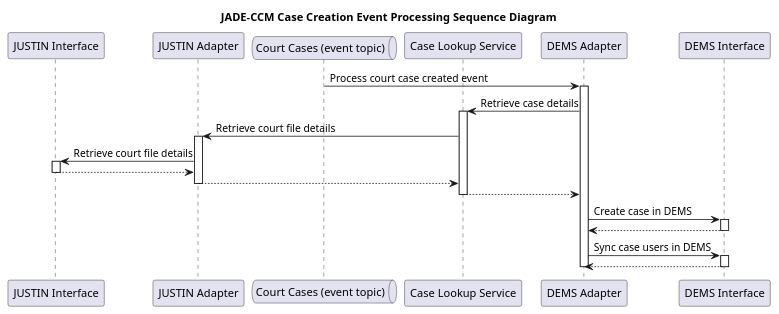
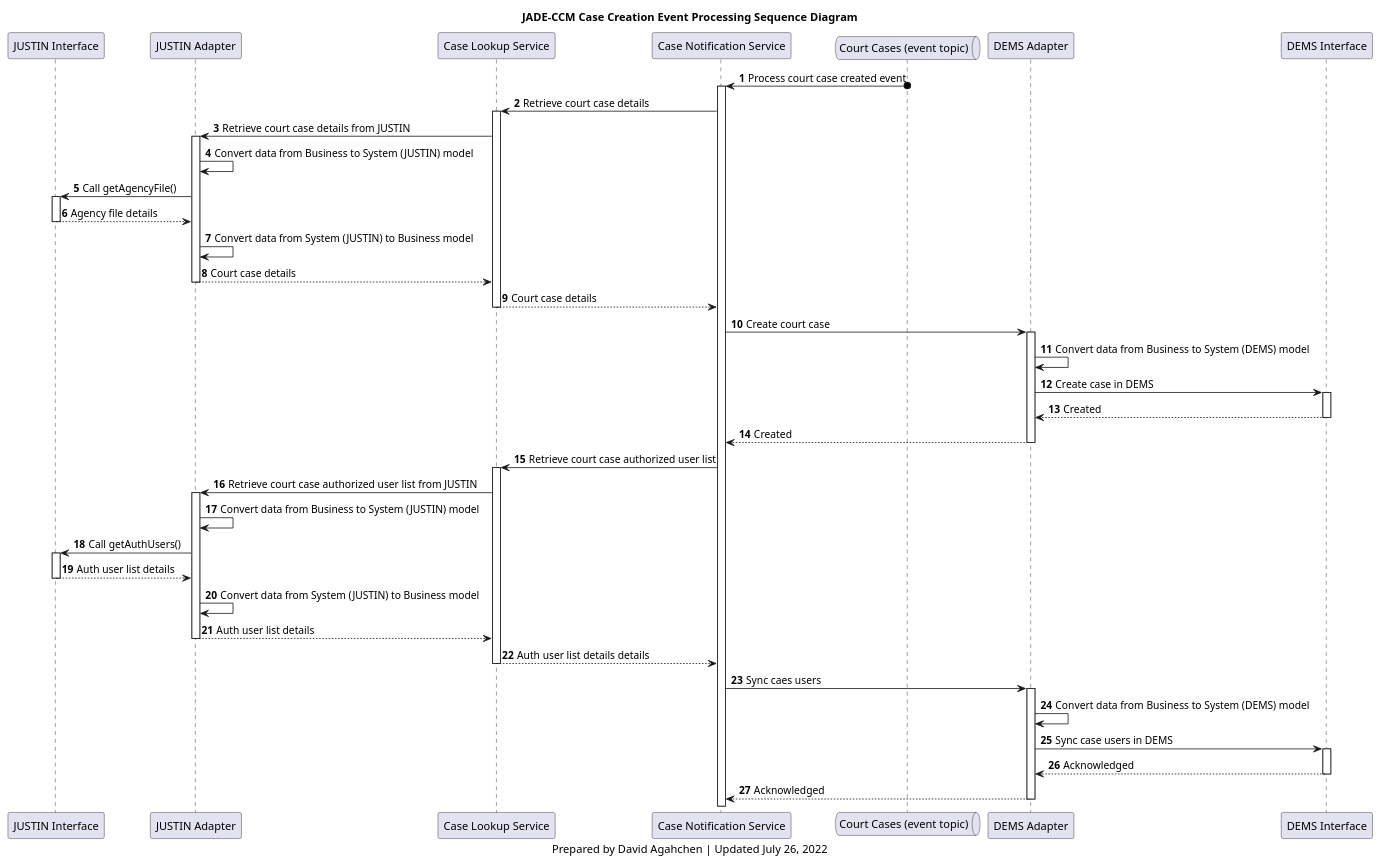
Before and after one commit to bcgov/jpss-jade-ccm: the diagram in img/src/ccm_dems_case_creation_sequence_diagram.plantuml, drawn with PlantUML. The commit also changed 3 other files, not shown here.

Commit message:
Updated sequence diagrams with additional details

```diff
--- a/img/src/ccm_dems_case_creation_sequence_diagram.plantuml
+++ b/img/src/ccm_dems_case_creation_sequence_diagram.plantuml
@@ -1,35 +1,76 @@
 @startuml
 'hide footbox
-participant j_mock as "JUSTIN Interface"
+participant j_interface as "JUSTIN Interface"
 participant j_adapter as "JUSTIN Adapter"
-queue court_cases_q as "Court Cases (event topic)"
-participant lookup_service as "Case Lookup Service"
+participant case_lookup_service as "Case Lookup Service"
+participant case_notification_service as "Case Notification Service"
+queue court_cases_topic as "Court Cases (event topic)"
 participant d_adapter as "DEMS Adapter"
-participant d_mock as "DEMS Interface"
+participant d_interface as "DEMS Interface"
 
-title JADE-CCM Case Creation Event Processing Sequence Diagram
+title
+JADE-CCM Case Creation Event Processing Sequence Diagram
+end title
 
-    court_cases_q -> d_adapter : Process court case created event
-    activate d_adapter
-    d_adapter -> lookup_service: Retrieve case details
-    activate lookup_service
-    lookup_service -> j_adapter: Retrieve court file details
-    activate j_adapter
-    j_adapter -> j_mock: Retrieve court file details
-    activate j_mock
-    j_mock --> j_adapter
-    deactivate j_mock
-    j_adapter --> lookup_service
-    deactivate j_adapter
-    lookup_service --> d_adapter
-    deactivate lookup_service
-    d_adapter -> d_mock: Create case in DEMS
-    activate d_mock
-    d_mock --> d_adapter
-    deactivate d_mock
-    d_adapter -> d_mock: Sync case users in DEMS
-    activate d_mock
-    d_mock --> d_adapter
-    deactivate d_mock
-    deactivate d_adapter
+autonumber
+
+court_cases_topic o-> case_notification_service : Process court case created event
+activate case_notification_service
+case_notification_service -> case_lookup_service: Retrieve court case details
+activate case_lookup_service
+case_lookup_service -> j_adapter: Retrieve court case details from JUSTIN
+
+activate j_adapter
+j_adapter -> j_adapter: Convert data from Business to System (JUSTIN) model
+j_adapter -> j_interface: Call getAgencyFile()
+activate j_interface
+j_interface --> j_adapter: Agency file details
+deactivate j_interface
+j_adapter -> j_adapter: Convert data from System (JUSTIN) to Business model
+j_adapter --> case_lookup_service: Court case details
+deactivate j_adapter
+
+case_lookup_service --> case_notification_service: Court case details
+deactivate case_lookup_service
+case_notification_service -> d_adapter: Create court case
+
+activate d_adapter
+d_adapter -> d_adapter: Convert data from Business to System (DEMS) model
+d_adapter -> d_interface: Create case in DEMS
+activate d_interface
+d_interface --> d_adapter: Created
+deactivate d_interface
+d_adapter --> case_notification_service: Created
+deactivate d_adapter
+
+case_notification_service -> case_lookup_service: Retrieve court case authorized user list
+activate case_lookup_service
+case_lookup_service -> j_adapter: Retrieve court case authorized user list from JUSTIN
+
+activate j_adapter
+j_adapter -> j_adapter: Convert data from Business to System (JUSTIN) model
+j_adapter -> j_interface: Call getAuthUsers()
+activate j_interface
+j_interface --> j_adapter: Auth user list details
+deactivate j_interface
+j_adapter -> j_adapter: Convert data from System (JUSTIN) to Business model
+j_adapter --> case_lookup_service: Auth user list details
+deactivate j_adapter
+
+case_lookup_service --> case_notification_service: Auth user list details details
+deactivate case_lookup_service
+
+case_notification_service -> d_adapter: Sync caes users
+activate d_adapter
+d_adapter -> d_adapter: Convert data from Business to System (DEMS) model
+d_adapter -> d_interface: Sync case users in DEMS
+activate d_interface
+d_interface --> d_adapter: Acknowledged
+deactivate d_interface
+d_adapter --> case_notification_service: Acknowledged
+deactivate d_adapter
+
+caption
+Prepared by David Agahchen | Updated July 26, 2022
+end caption
 @enduml
```
